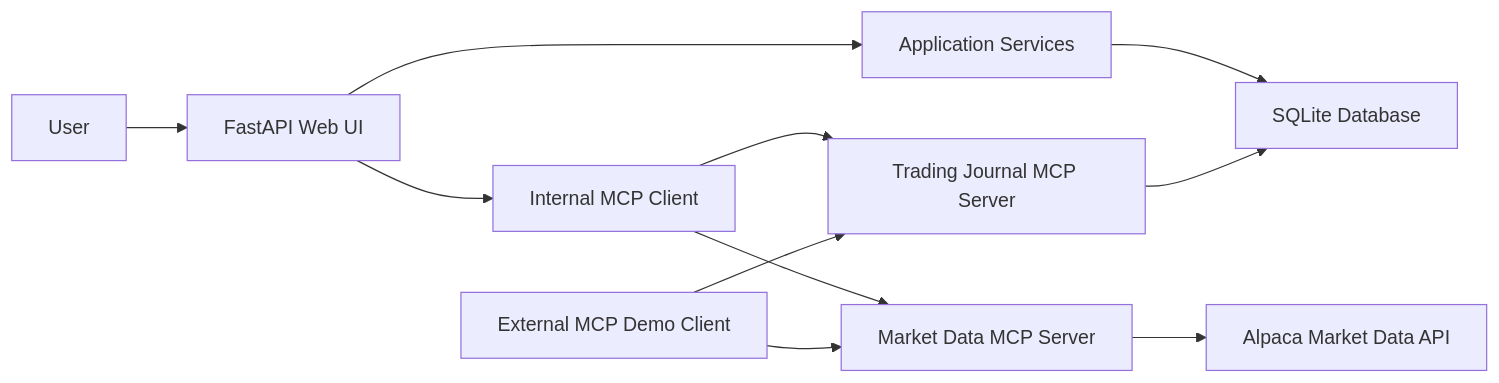
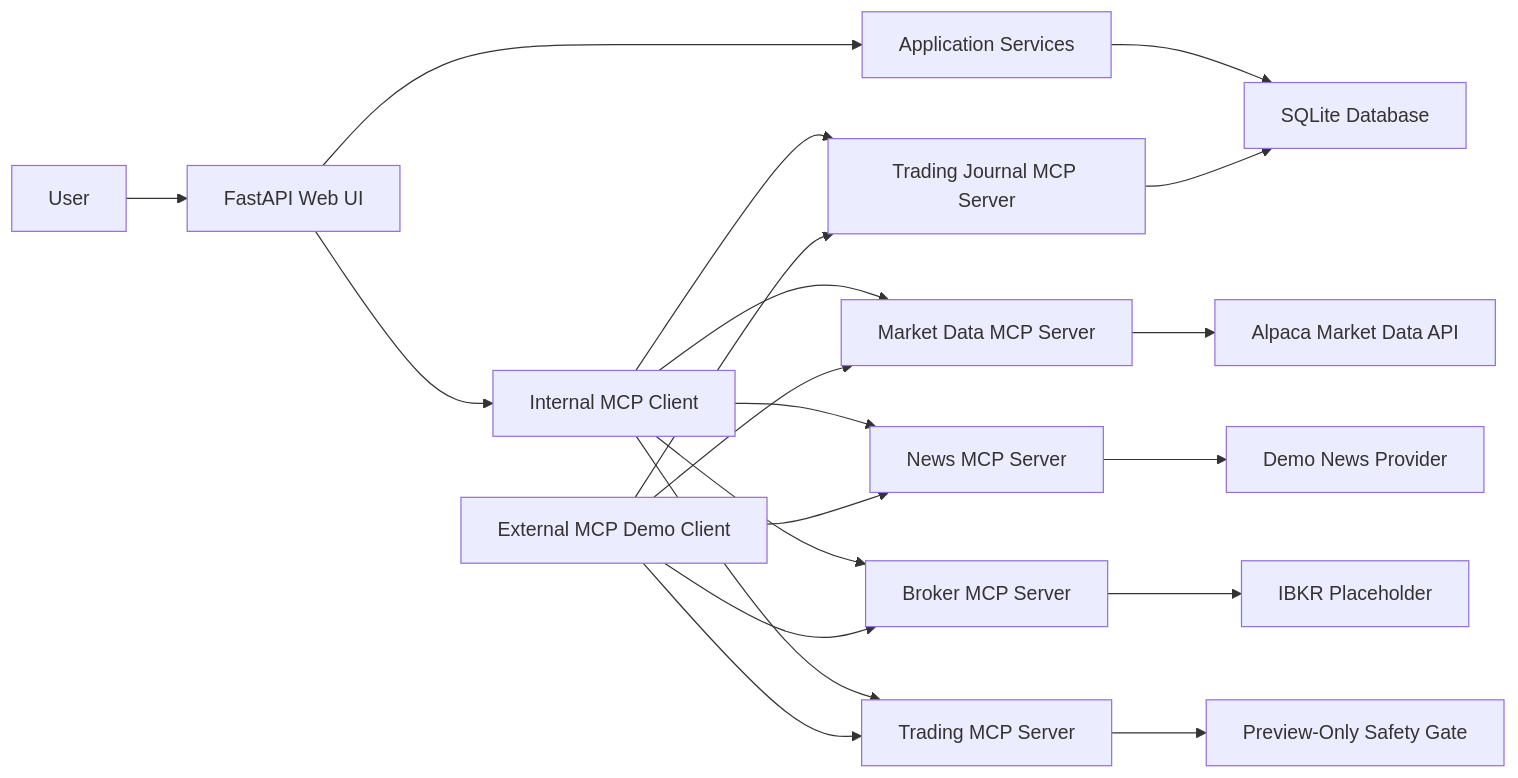
Before and after one commit to thejavascriptways/IFSC-78603-Graduate-Project-trading_journal-mcp: the diagram in README.md, drawn with Mermaid. The commit also changed other lines of this file and 33 other files, not shown here.

Commit message:
Add architecture scaffolding around prototype

````diff
--- a/README.md
+++ b/README.md
@@ -39,16 +40,25 @@
 ```mermaid
 flowchart LR
     U["User"] --> UI["FastAPI Web UI"]
     UI --> SVC["Application Services"]
     SVC --> DB["SQLite Database"]
     UI --> HOST["Internal MCP Client"]
 
     HOST --> PMCP["Trading Journal MCP Server"]
     HOST --> MMCP["Market Data MCP Server"]
+    HOST --> NMCP["News MCP Server"]
+    HOST --> BMCP["Broker MCP Server"]
+    HOST --> TMCP["Trading MCP Server"]
 
     PMCP --> DB
     MMCP --> ALPACA["Alpaca Market Data API"]
+    NMCP --> DEMO["Demo News Provider"]
+    BMCP --> IBKR["IBKR Placeholder"]
+    TMCP --> SAFE["Preview-Only Safety Gate"]
 
     CLI["External MCP Demo Client"] --> PMCP
     CLI --> MMCP
+    CLI --> NMCP
+    CLI --> BMCP
+    CLI --> TMCP
 ```
````
